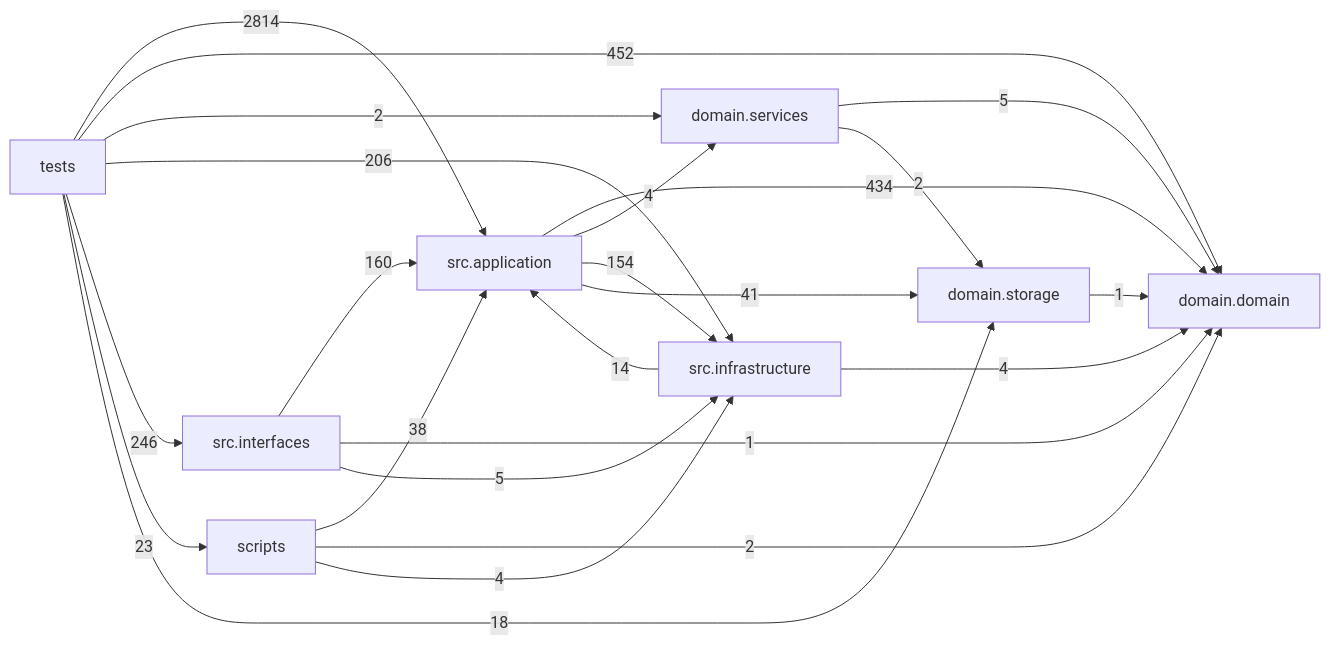
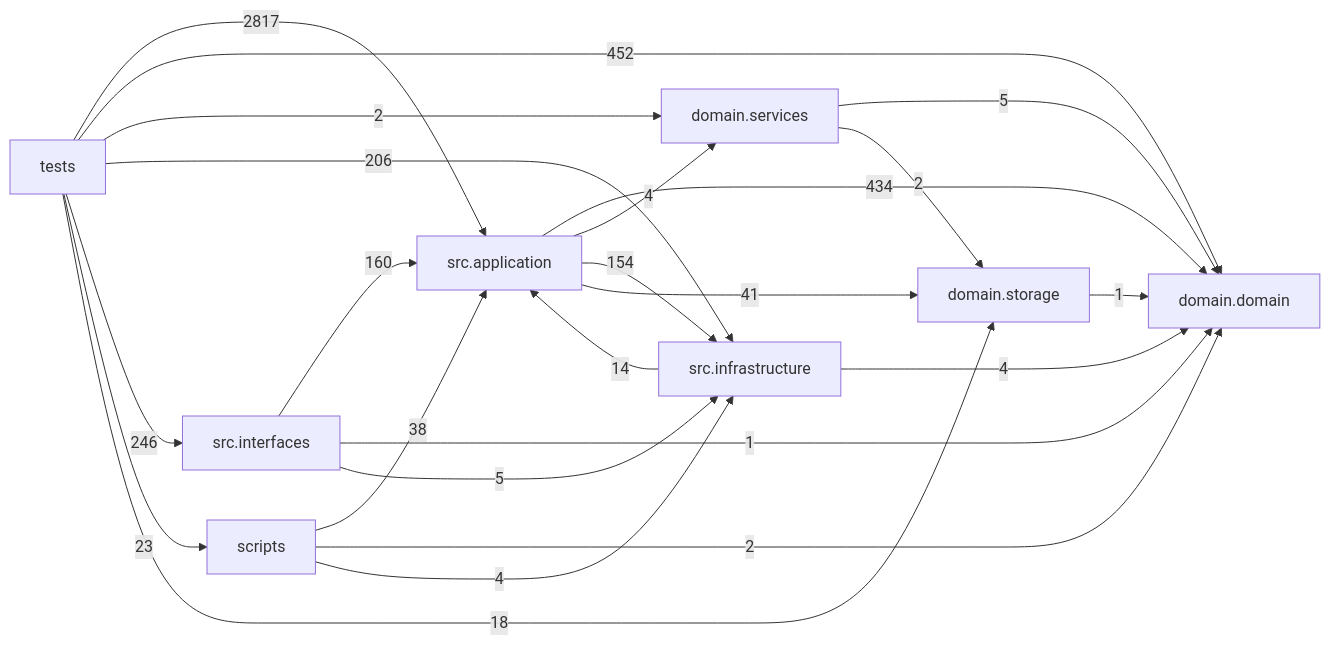
Before and after one commit to liuxie066/options-monitor: the diagram in docs/DEPENDENCY_GRAPH.md, drawn with Mermaid. The commit also changed other lines of this file, not shown here.

Commit message:
docs(architecture): refresh dependency graph

````diff
--- a/docs/DEPENDENCY_GRAPH.md
+++ b/docs/DEPENDENCY_GRAPH.md
@@ -24,33 +24,33 @@
 ```mermaid
 flowchart LR
   tests["tests"]
   scripts["scripts"]
   interfaces["src.interfaces"]
   application["src.application"]
   infrastructure["src.infrastructure"]
   domain_services["domain.services"]
   domain["domain.domain"]
   storage["domain.storage"]
   application -->|434| domain
   application -->|4| domain_services
   application -->|154| infrastructure
   application -->|41| storage
   domain_services -->|5| domain
   domain_services -->|2| storage
   infrastructure -->|14| application
   infrastructure -->|4| domain
   interfaces -->|160| application
   interfaces -->|1| domain
   interfaces -->|5| infrastructure
   scripts -->|38| application
   scripts -->|2| domain
   scripts -->|4| infrastructure
   storage -->|1| domain
-  tests -->|2814| application
+  tests -->|2817| application
   tests -->|452| domain
   tests -->|2| domain_services
   tests -->|206| infrastructure
   tests -->|246| interfaces
   tests -->|23| scripts
   tests -->|18| storage
 ```
````
